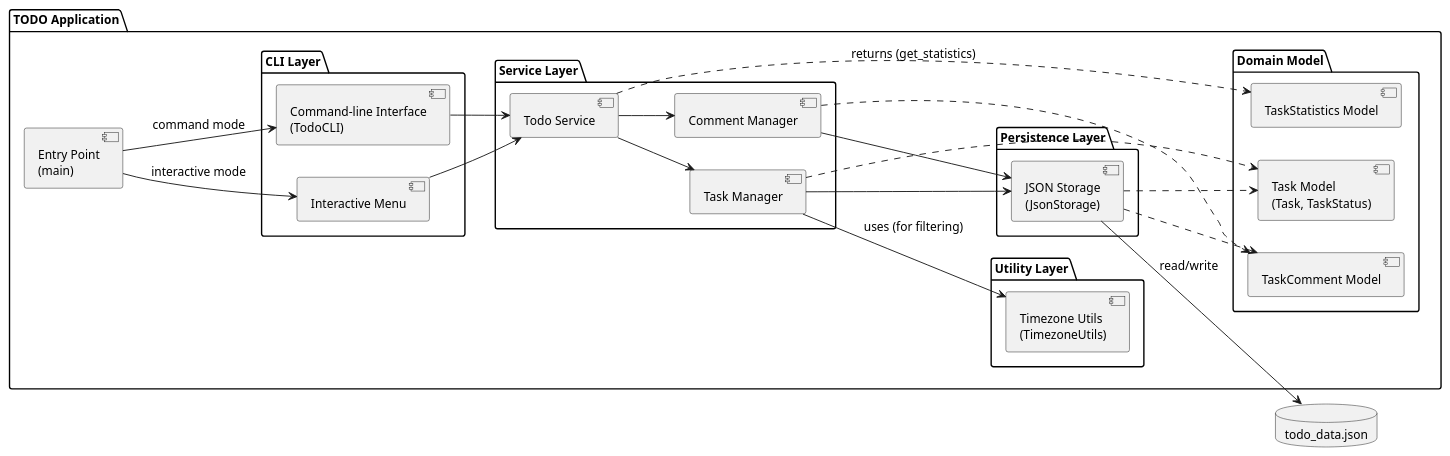
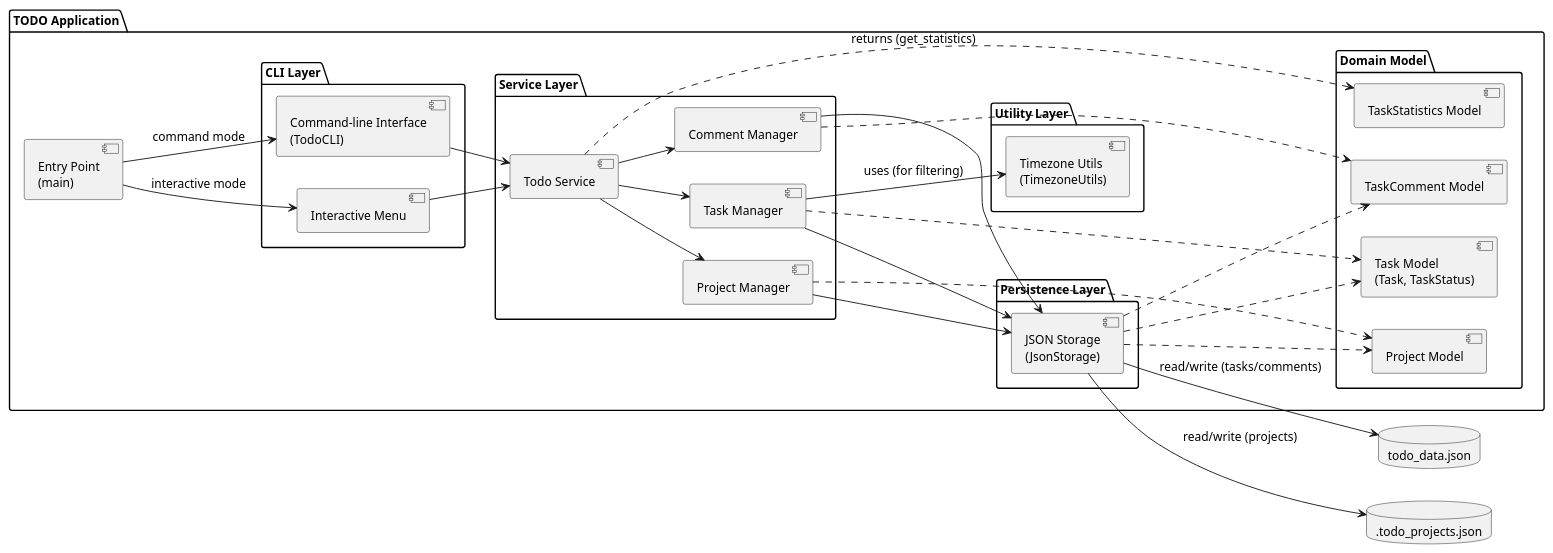
The diagram in experiments/pipeline/structured_text/TODO/artifacts/component_diagram.puml (DanielRiha8906/Software_autoevolution_using_agents), drawn with PlantUML before and after one commit. The commit also changed 20 other files, not shown here.

```diff
--- a/experiments/pipeline/structured_text/TODO/artifacts/component_diagram.puml
+++ b/experiments/pipeline/structured_text/TODO/artifacts/component_diagram.puml
@@ -1,59 +1,67 @@
 @startuml component_diagram
 
 skinparam componentStyle uml2
 skinparam defaultFontSize 13
 
 left to right direction
 
 package "TODO Application" {
 
     component "Entry Point\n(main)" as Main
 
     package "CLI Layer" {
         component "Interactive Menu" as IM
         component "Command-line Interface\n(TodoCLI)" as CLI
     }
 
     package "Service Layer" {
         component "Todo Service" as SVC
         component "Task Manager" as MGR
         component "Comment Manager" as CMT
+        component "Project Manager" as PROJ
     }
 
     package "Domain Model" {
         component "Task Model\n(Task, TaskStatus)" as Model
         component "TaskComment Model" as CMTModel
+        component "Project Model" as ProjModel
         component "TaskStatistics Model" as StatsModel
     }
 
     package "Persistence Layer" {
         component "JSON Storage\n(JsonStorage)" as Storage
     }
 
     package "Utility Layer" {
         component "Timezone Utils\n(TimezoneUtils)" as TZ
     }
 }
 
 database "todo_data.json" as DB
+database ".todo_projects.json" as PROJDB
 
 Main --> IM : interactive mode
 Main --> CLI : command mode
 
 IM --> SVC
 CLI --> SVC
 
 SVC --> MGR
 SVC --> CMT
+SVC --> PROJ
 MGR --> Storage
 CMT --> Storage
+PROJ --> Storage
 MGR --> TZ : uses (for filtering)
 MGR ..> Model
 CMT ..> CMTModel
+PROJ ..> ProjModel
 SVC ..> StatsModel : returns (get_statistics)
 Storage ..> Model
 Storage ..> CMTModel
+Storage ..> ProjModel
 
-Storage --> DB : read/write
+Storage --> DB : read/write (tasks/comments)
+Storage --> PROJDB : read/write (projects)
 
 @enduml
```
